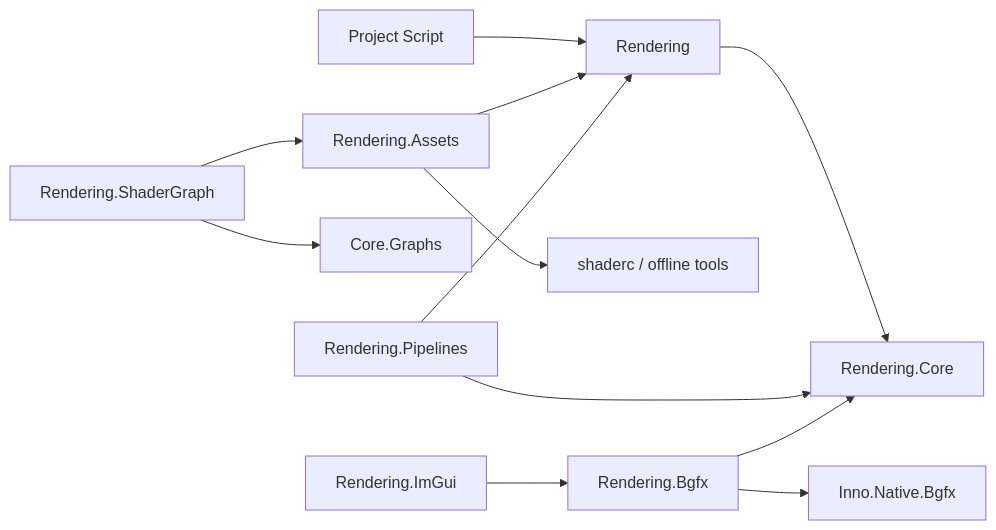
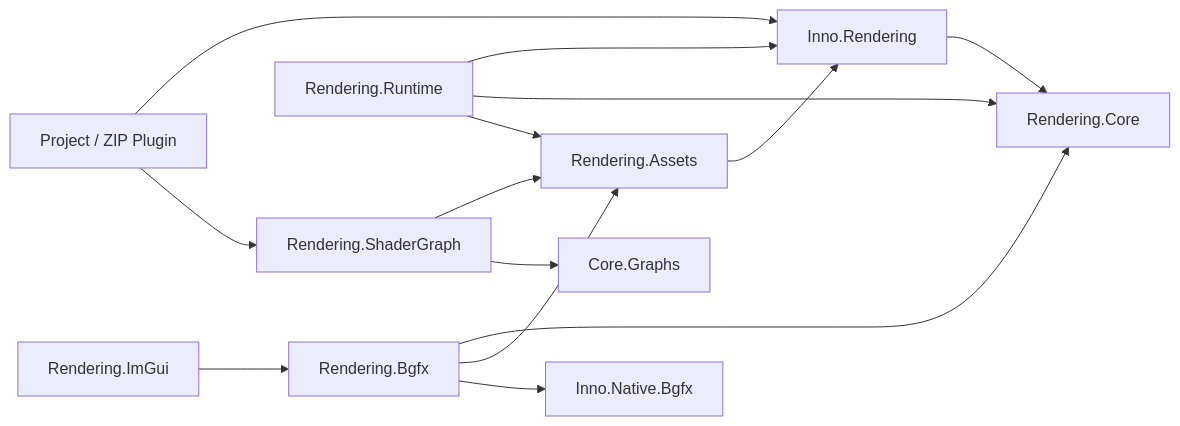
Before and after one commit to FLwolfy/InnoEngine: the diagram in docs/render/README.md, drawn with Mermaid. The commit also changed other lines of this file and 328 other files, not shown here.

Commit message:
Support basic plugin system for Rendering Modules

````diff
--- a/docs/render/README.md
+++ b/docs/render/README.md
@@ -23,14 +25,16 @@
 ```mermaid
 flowchart LR
-    Script["Project Script"] --> Artist["Rendering"]
-    Artist --> Core["Rendering.Core"]
-    Assets["Rendering.Assets"] --> Artist
-    ShaderGraph["Rendering.ShaderGraph"] --> Assets
+    Plugin["Project / ZIP Plugin"] --> Rendering["Inno.Rendering"]
+    Plugin --> ShaderGraph["Rendering.ShaderGraph"]
+    Runtime["Rendering.Runtime"] --> Rendering
+    Rendering --> Core["Rendering.Core"]
+    Assets["Rendering.Assets"] --> Rendering
+    ShaderGraph --> Assets
     ShaderGraph --> Graphs["Core.Graphs"]
-    Assets --> Tools["shaderc / offline tools"]
-    Pipeline["Rendering.Pipelines"] --> Artist
-    Pipeline --> Core
-    Backend["Rendering.Bgfx"] --> Core
-    Backend --> Native["Inno.Native.Bgfx"]
-    ImGui["Rendering.ImGui"] --> Backend
+    Runtime --> Core
+    Runtime --> Assets
+    Bgfx["Rendering.Bgfx"] --> Core
+    Bgfx --> Assets
+    Bgfx --> Native["Inno.Native.Bgfx"]
+    ImGui["Rendering.ImGui"] --> Bgfx
 ```
````
